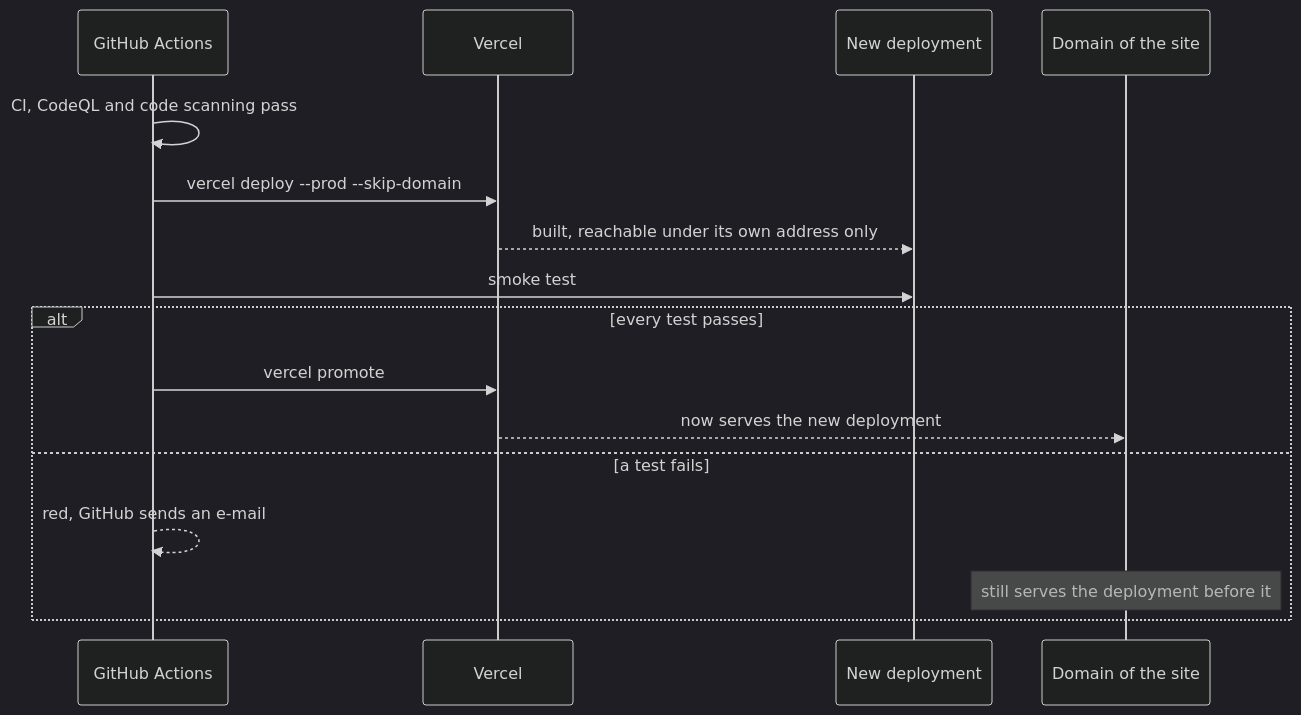
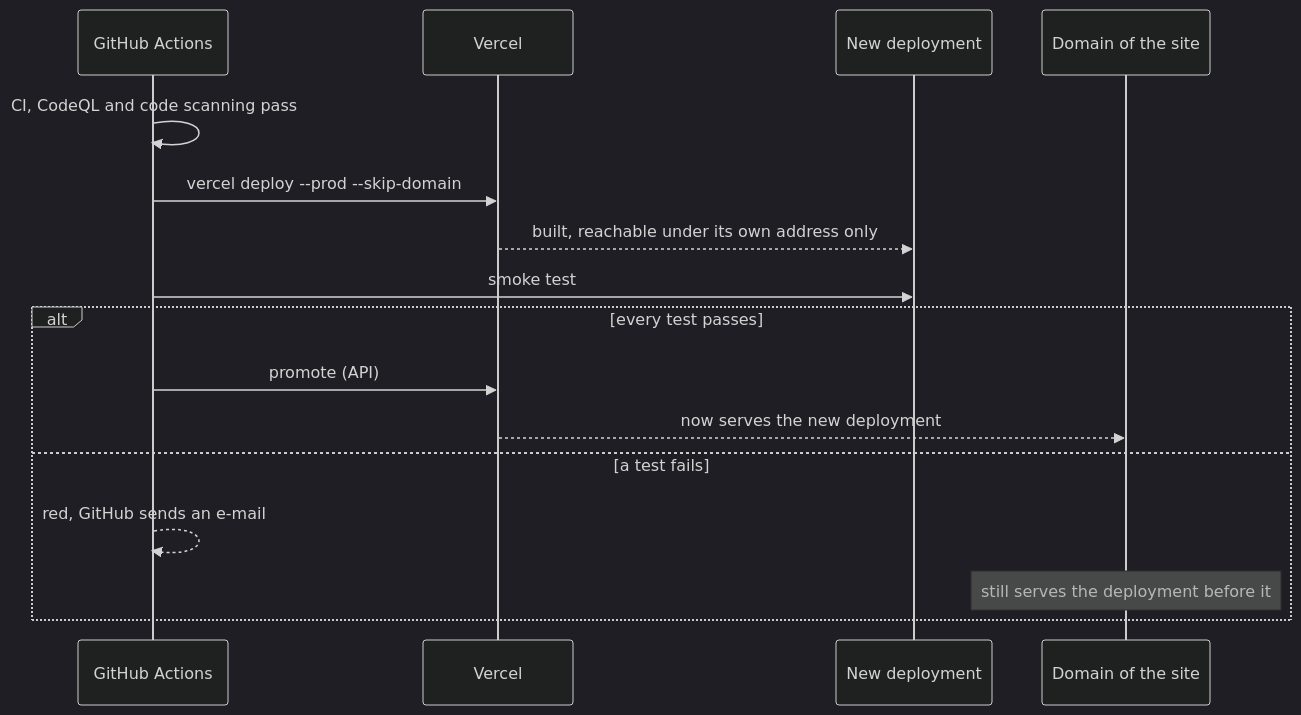
One commit to tomdevtech/ExoFinder changed the sixth of 12 diagrams in docs/DEPLOYMENT.md. Above: the diagram before and after it, drawn with Mermaid (dark theme). The commit also changed other lines of this file and 3 other files, not shown here.

First line of the commit message:
Go live through Vercel's API, and keep the ids of the project out of the log

````diff
--- a/docs/DEPLOYMENT.md
+++ b/docs/DEPLOYMENT.md
@@ -186,18 +186,18 @@
 ```mermaid
 sequenceDiagram
     participant GH as GitHub Actions
     participant V as Vercel
     participant New as New deployment
     participant Site as Domain of the site
     GH->>GH: CI, CodeQL and code scanning pass
     GH->>V: vercel deploy --prod --skip-domain
     V-->>New: built, reachable under its own address only
     GH->>New: smoke test
     alt every test passes
-        GH->>V: vercel promote
+        GH->>V: promote (API)
         V-->>Site: now serves the new deployment
     else a test fails
         GH-->>GH: red, GitHub sends an e-mail
         Note over Site: still serves the deployment before it
     end
 ```
````
